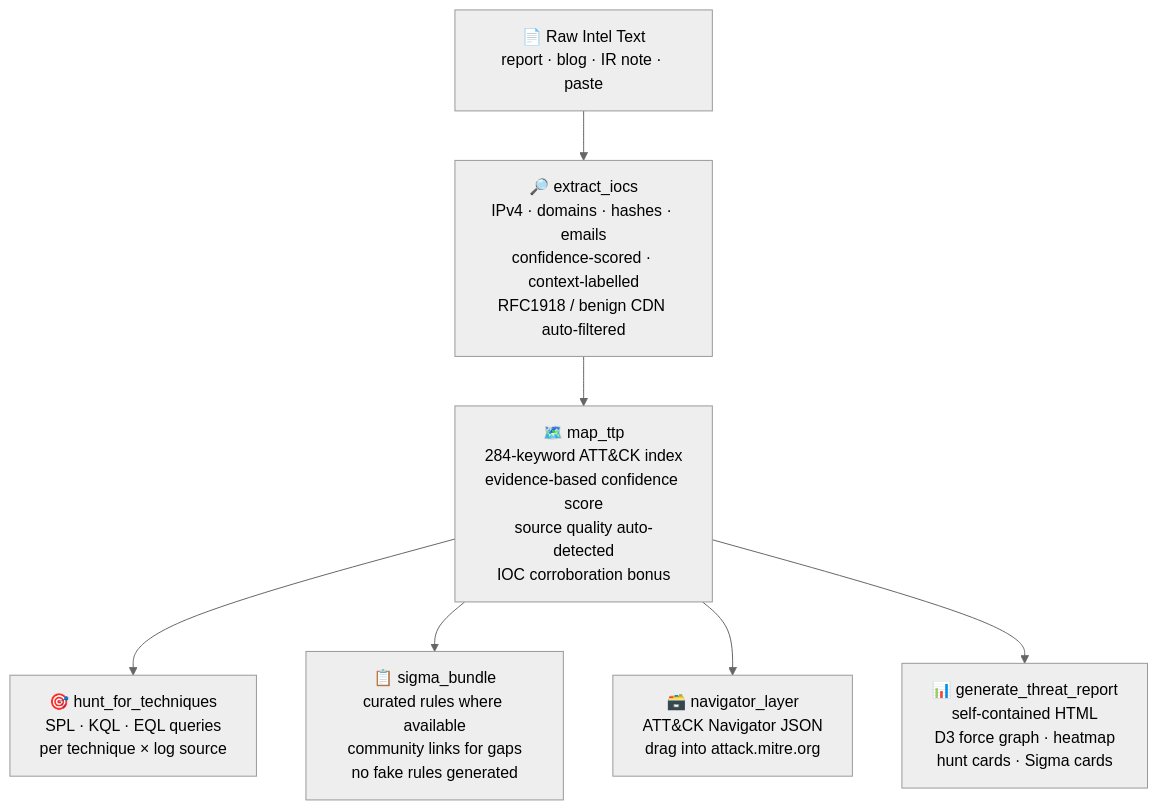
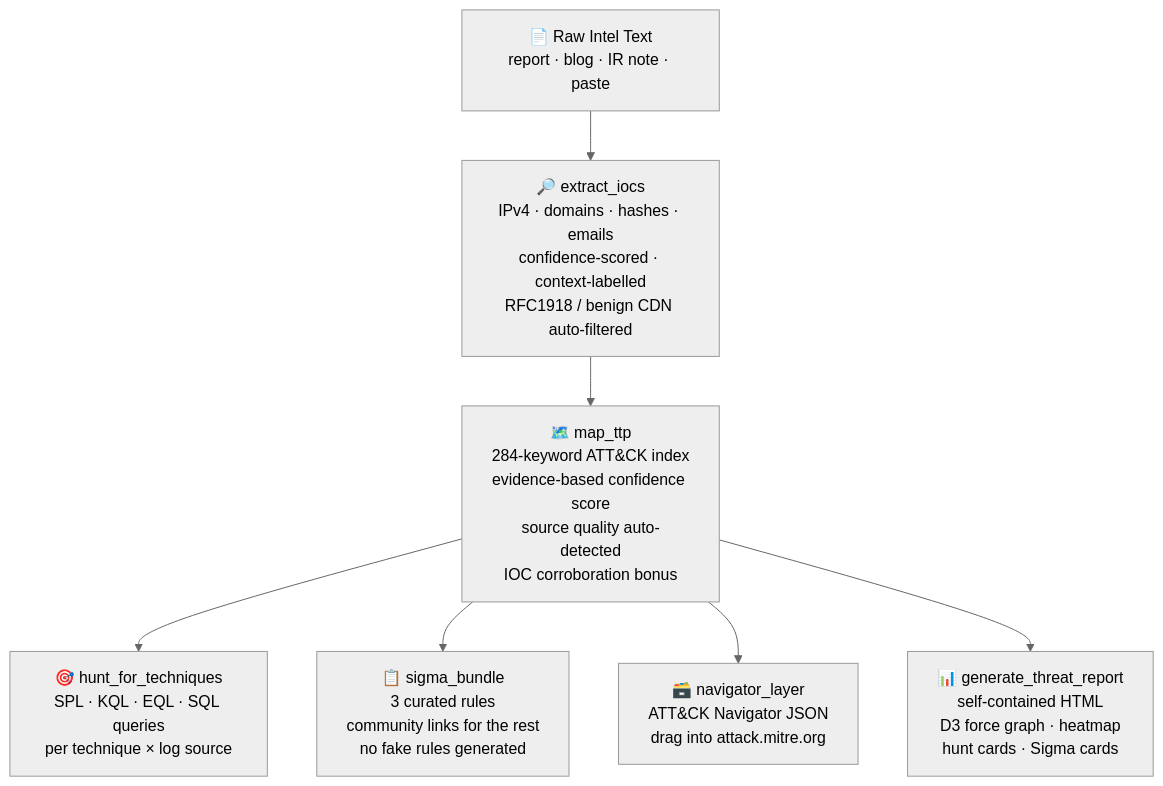
One commit to harshthakur6293/threat-research-mcp changed the diagram in README.md. Above: the diagram before and after it, drawn with Mermaid (neutral theme). The commit also changed other lines of this file, not shown here.

````diff
--- a/README.md
+++ b/README.md
@@ -193,13 +250,10 @@
 ```mermaid
 flowchart TD
-    A["📄 Raw Intel Text\nreport · blog · IR note · paste"] --> B
-
-    B["🔎 extract_iocs\nIPv4 · domains · hashes · emails\nconfidence-scored · context-labelled\nRFC1918 / benign CDN auto-filtered"]
-
-    B --> C["🗺️ map_ttp\n284-keyword ATT&CK index\nevidence-based confidence score\nsource quality auto-detected\nIOC corroboration bonus"]
-
-    C --> D["🎯 hunt_for_techniques\nSPL · KQL · EQL queries\nper technique × log source"]
-    C --> E["📋 sigma_bundle\ncurated rules where available\ncommunity links for gaps\nno fake rules generated"]
-    C --> F["🗃️ navigator_layer\nATT&CK Navigator JSON\ndrag into attack.mitre.org"]
-    C --> G["📊 generate_threat_report\nself-contained HTML\nD3 force graph · heatmap\nhunt cards · Sigma cards"]
+    A["📄 Raw Intel Text<br/>report · blog · IR note · paste"] --> B
+    B["🔎 extract_iocs<br/>IPv4 · domains · hashes · emails<br/>confidence-scored · context-labelled<br/>RFC1918 / benign CDN auto-filtered"]
+    B --> C["🗺️ map_ttp<br/>284-keyword ATT&CK index<br/>evidence-based confidence score<br/>source quality auto-detected<br/>IOC corroboration bonus"]
+    C --> D["🎯 hunt_for_techniques<br/>SPL · KQL · EQL · SQL queries<br/>per technique × log source"]
+    C --> E["📋 sigma_bundle<br/>3 curated rules<br/>community links for the rest<br/>no fake rules generated"]
+    C --> F["🗃️ navigator_layer<br/>ATT&CK Navigator JSON<br/>drag into attack.mitre.org"]
+    C --> G["📊 generate_threat_report<br/>self-contained HTML<br/>D3 force graph · heatmap<br/>hunt cards · Sigma cards"]
 ```
````
